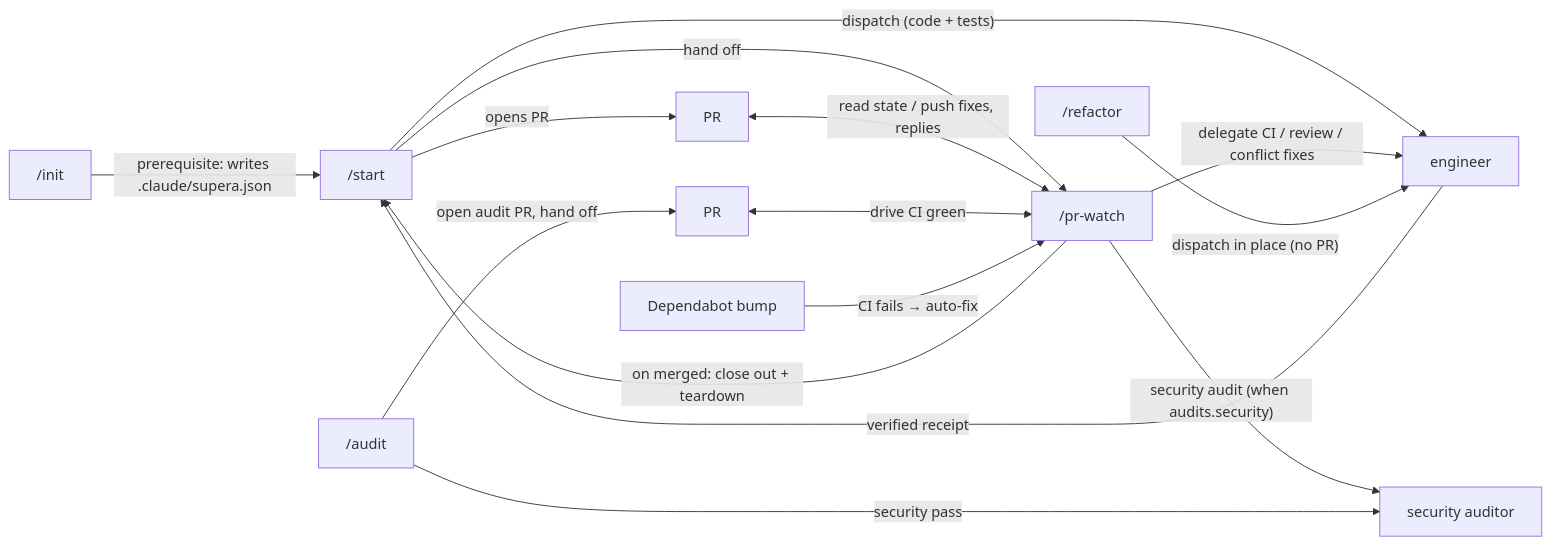
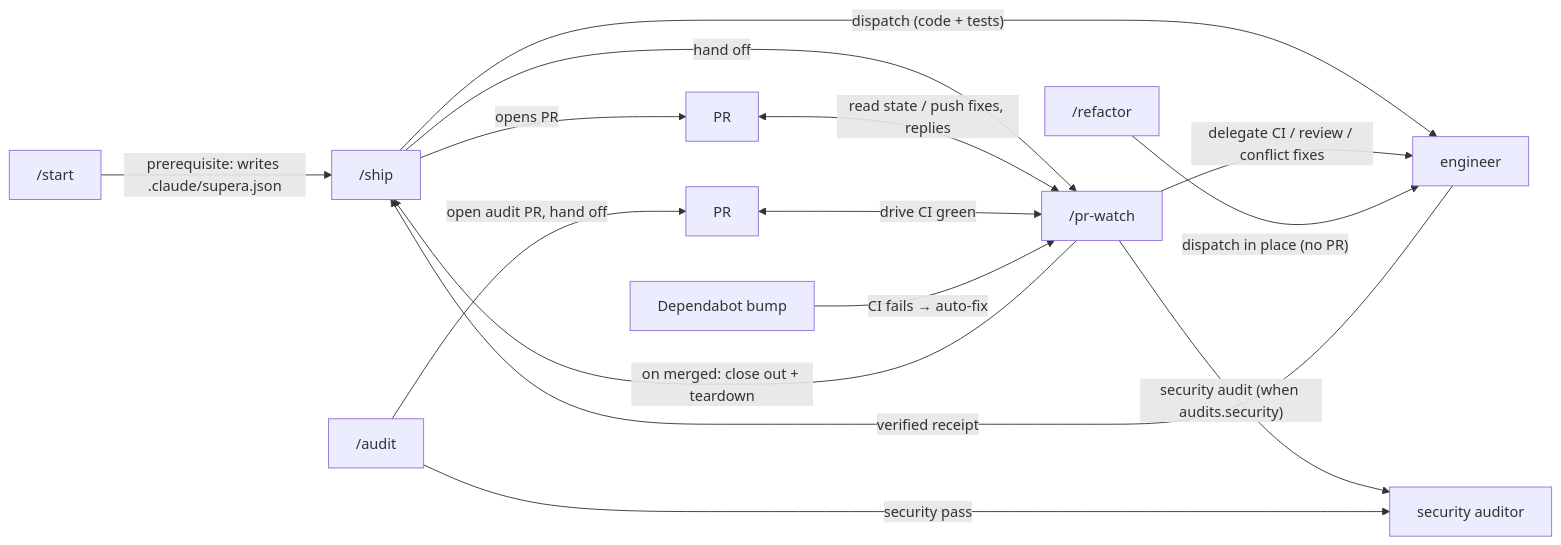
The diagram in README.md (heronlabs/supera), drawn with Mermaid before and after one commit. The commit also changed other lines of this file and 20 other files, not shown here.

Commit message:
refactor!: rename init to start, start to ship

````diff
--- a/README.md
+++ b/README.md
@@ -23,17 +23,17 @@
 ```mermaid
 flowchart LR
-    init["/init"] -->|"prerequisite: writes .claude/supera.json"| start["/start"]
-    start -->|"dispatch (code + tests)"| engineer["engineer"]
-    engineer -->|"verified receipt"| start
-    start -->|"opens PR"| PR["PR"]
-    start -->|"hand off"| prwatch["/pr-watch"]
+    start["/start"] -->|"prerequisite: writes .claude/supera.json"| ship["/ship"]
+    ship -->|"dispatch (code + tests)"| engineer["engineer"]
+    engineer -->|"verified receipt"| ship
+    ship -->|"opens PR"| PR["PR"]
+    ship -->|"hand off"| prwatch["/pr-watch"]
     PR <-->|"read state / push fixes, replies"| prwatch
     prwatch -->|"delegate CI / review / conflict fixes"| engineer
-    prwatch -->|"on merged: close out + teardown"| start
+    prwatch -->|"on merged: close out + teardown"| ship
     prwatch -->|"security audit (when audits.security)"| sec["security auditor"]
     refactor["/refactor"] -->|"dispatch in place (no PR)"| engineer
     audit["/audit"] -->|"security pass"| sec
     audit -->|"open audit PR, hand off"| auditPR["PR"]
     auditPR <-->|"drive CI green"| prwatch
     dependabot["Dependabot bump"] -->|"CI fails → auto-fix"| prwatch
 ```
````
